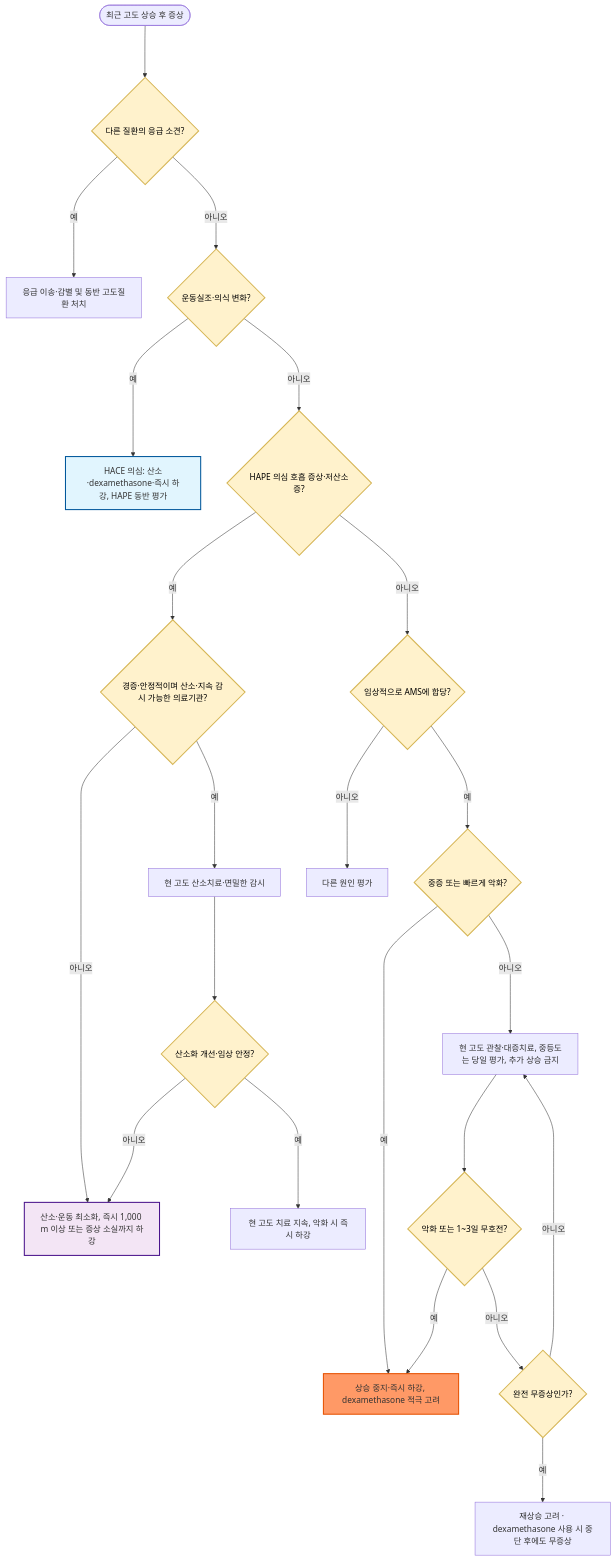
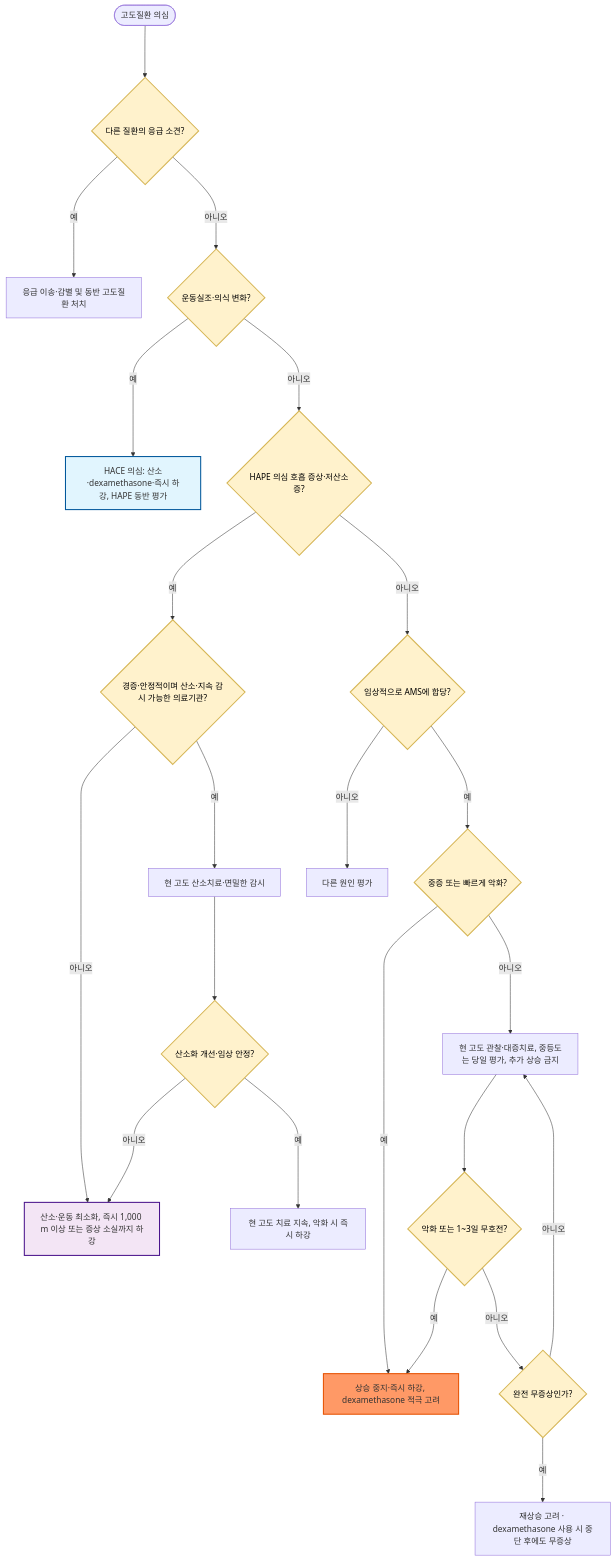
One commit to familyoh77/familyoh77 changed the diagram in 230_/209_-high-altitude-sickness.md. Above: the diagram before and after it, drawn with Mermaid. The commit also changed other lines of this file and 5 other files, not shown here.

````diff
--- a/230_/209_-high-altitude-sickness.md
+++ b/230_/209_-high-altitude-sickness.md
@@ -134,29 +136,29 @@
 ```mermaid
 flowchart TD
-    A(["최근 고도 상승 후 증상"]) ---> R{"다른 질환의 응급 소견?"}
+    A(["고도질환 의심"]) ---> R{"다른 질환의 응급 소견?"}
     R --->|예| S["응급 이송·감별 및 동반 고도질환 처치"]
     R --->|아니오| B{"운동실조·의식 변화?"}
     B --->|예| C["HACE 의심: 산소·dexamethasone·즉시 하강, HAPE 동반 평가"]
     B --->|아니오| D{"HAPE 의심 호흡 증상·저산소증?"}
     D --->|예| M{"경증·안정적이며 산소·지속 감시 가능한 의료기관?"}
     M --->|아니오| E["산소·운동 최소화, 즉시 1,000 m 이상 또는 증상 소실까지 하강"]
     M --->|예| N["현 고도 산소치료·면밀한 감시"]
     N ---> O{"산소화 개선·임상 안정?"}
     O --->|아니오| E
     O --->|예| P["현 고도 치료 지속, 악화 시 즉시 하강"]
     D --->|아니오| F{"임상적으로 AMS에 합당?"}
     F --->|아니오| G["다른 원인 평가"]
     F --->|예| H{"중증 또는 빠르게 악화?"}
     H --->|예| I["상승 중지·즉시 하강, dexamethasone 적극 고려"]
     H --->|아니오| J["현 고도 관찰·대증치료, 중등도는 당일 평가, 추가 상승 금지"]
     J ---> K{"악화 또는 1~3일 무호전?"}
     K --->|예| I
     K --->|아니오| U{"완전 무증상인가?"}
     U --->|아니오| J
     U --->|예| L["재상승 고려 · dexamethasone 사용 시 중단 후에도 무증상"]
     classDef decision fill:#fff2cc,stroke:#d6b656,stroke-width:2px,color:#000
     class R,B,D,F,H,K,M,O,U decision
     style C fill:#e1f5fe,stroke:#01579b,stroke-width:2px
     style E fill:#f3e5f5,stroke:#4a148c,stroke-width:2px
     style I fill:#f96,stroke:#e65100,stroke-width:2px
 ```
````
